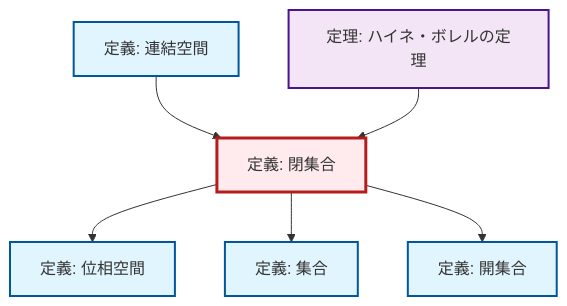
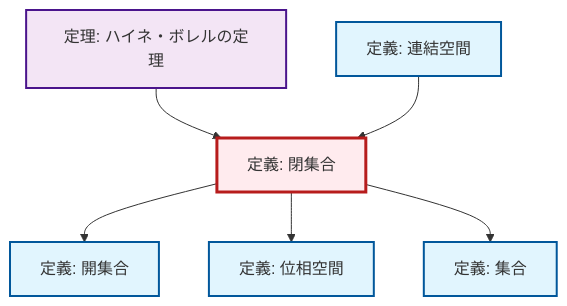
One commit to RK0429/ModernMath changed the diagram in content/ja/topology/def-closed-set.qmd. Above: the diagram before and after it, drawn with Mermaid. The commit also changed 672 other files, not shown here.

````diff
--- a/content/ja/topology/def-closed-set.qmd
+++ b/content/ja/topology/def-closed-set.qmd
@@ -45,26 +45,26 @@
 ```{mermaid}
-%%| fig-cap: "Local dependency graph"
+%%| fig-cap: "ローカル依存関係グラフ"
 graph TD
     classDef definition fill:#e1f5fe,stroke:#01579b,stroke-width:2px
     classDef theorem fill:#f3e5f5,stroke:#4a148c,stroke-width:2px
     classDef axiom fill:#fff3e0,stroke:#e65100,stroke-width:2px
     classDef example fill:#e8f5e9,stroke:#1b5e20,stroke-width:2px
     classDef current fill:#ffebee,stroke:#b71c1c,stroke-width:3px
-    def-open-set["定義: 開集合"]:::definition
-    def-connected["定義: 連結空間"]:::definition
     def-set["定義: 集合"]:::definition
     def-topological-space["定義: 位相空間"]:::definition
     def-closed-set["定義: 閉集合"]:::definition
     thm-heine-borel["定理: ハイネ・ボレルの定理"]:::theorem
+    def-open-set["定義: 開集合"]:::definition
+    def-connected["定義: 連結空間"]:::definition
+    def-closed-set --> def-open-set
+    thm-heine-borel --> def-closed-set
+    def-connected --> def-closed-set
     def-closed-set --> def-topological-space
     def-closed-set --> def-set
-    def-connected --> def-closed-set
-    def-closed-set --> def-open-set
-    thm-heine-borel --> def-closed-set
     class def-closed-set current
-    click def-open-set "def-open-set.html" "開集合の定義へ"
-    click def-connected "def-connected.html" "連結空間の定義へ"
     click def-set "def-set.html" "集合の定義へ"
     click def-topological-space "def-topological-space.html" "位相空間の定義へ"
     click thm-heine-borel "thm-heine-borel.html" "ハイネ・ボレルの定理の定理へ"
+    click def-open-set "def-open-set.html" "開集合の定義へ"
+    click def-connected "def-connected.html" "連結空間の定義へ"
 ```
````
